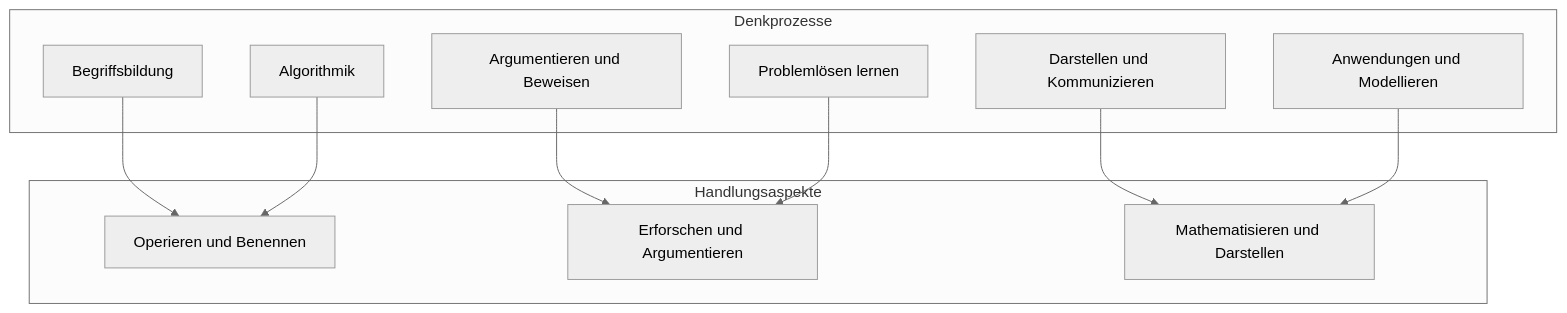
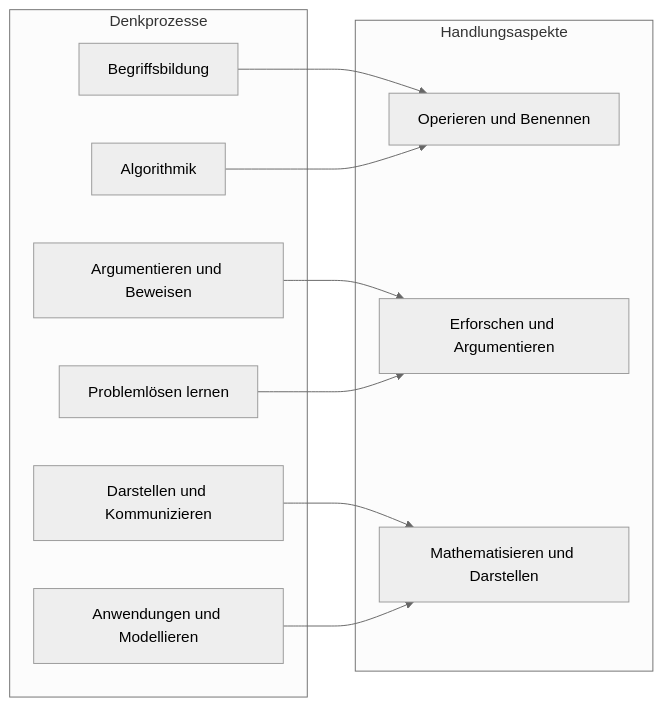
One commit to PHBern-RConrardy/lerngelegenheiten changed the second of 2 diagrams in math_summative_praes/woche_03.qmd. Above: the diagram before and after it, drawn with Mermaid (neutral theme). The commit also changed other lines of this file and 12 other files, not shown here.

````diff
--- a/math_summative_praes/woche_03.qmd
+++ b/math_summative_praes/woche_03.qmd
@@ -124,35 +128,35 @@
 ```{mermaid}
-graph TD;
+graph LR;
 b1[Begriffsbildung];
 b2[Problemlösen lernen];
 b3[Algorithmik];
 b4[Argumentieren und Beweisen];
 b5[Anwendungen und Modellieren];
 b6[Darstellen und Kommunizieren];
 
 h1[Operieren und Benennen];
 h2[Erforschen und Argumentieren];
 h3[Mathematisieren und Darstellen];
 
 b1-->h1;
 b6-->h3;
 b4-->h2;
 b3-->h1;
 b2-->h2;
 b5-->h3;
 
 subgraph Denkprozesse
   b1;
   b2;
   b3;
   b4;
   b5;
   b6;
 end
 subgraph Handlungsaspekte
   h1;
   h2;
   h3;
 end
 
 ```
````
